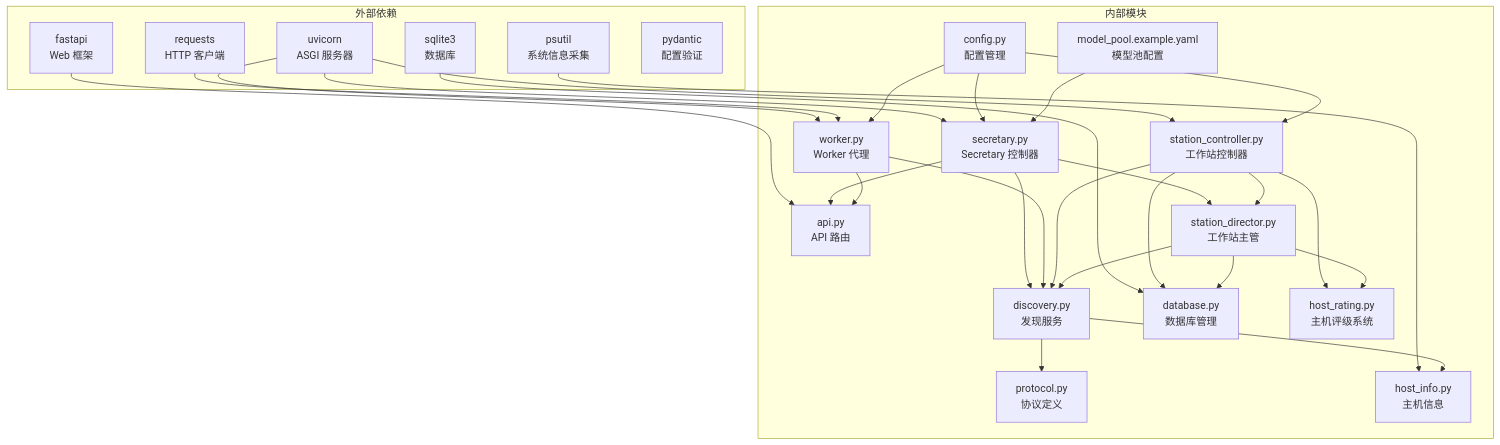
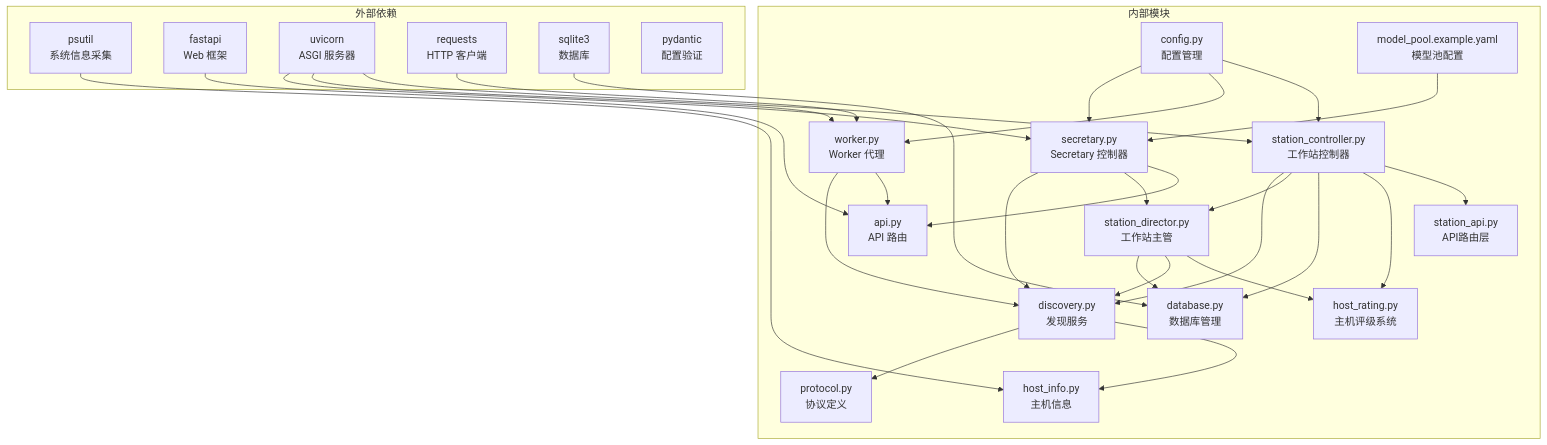
One commit to targalian/Personal-distributed-workstation changed diagram 17 of 18 in .qoder/repowiki/zh/content/核心模块/设备发现系统.md. Above: the diagram before and after it, drawn with Mermaid. The commit also changed other lines of this file and 69 other files, not shown here.

````diff
--- a/.qoder/repowiki/zh/content/核心模块/设备发现系统.md
+++ b/.qoder/repowiki/zh/content/核心模块/设备发现系统.md
@@ -786,50 +794,52 @@
 ```mermaid
 graph TB
 subgraph "外部依赖"
 A[psutil<br/>系统信息采集]
 B[fastapi<br/>Web 框架]
 C[uvicorn<br/>ASGI 服务器]
 D[requests<br/>HTTP 客户端]
 E[sqlite3<br/>数据库]
 F[pydantic<br/>配置验证]
 end
 subgraph "内部模块"
 G[discovery.py<br/>发现服务]
 H[protocol.py<br/>协议定义]
 I[host_info.py<br/>主机信息]
 J[config.py<br/>配置管理]
 K[api.py<br/>API 路由]
 L[secretary.py<br/>Secretary 控制器]
 M[worker.py<br/>Worker 代理]
 N[station_controller.py<br/>工作站控制器]
 O[station_director.py<br/>工作站主管]
 P[database.py<br/>数据库管理]
 Q[host_rating.py<br/>主机评级系统]
 R[model_pool.example.yaml<br/>模型池配置]
+S[station_api.py<br/>API路由层]
 end
 A --> I
 B --> K
 C --> L
 C --> M
 C --> N
 D --> M
 E --> P
 G --> H
 G --> I
 L --> G
 L --> O
 M --> G
 L --> K
 M --> K
 N --> G
 N --> O
 N --> P
 N --> Q
+N --> S
 J --> L
 J --> M
 J --> N
 O --> P
 O --> G
 O --> Q
 R --> L
 ```
````
